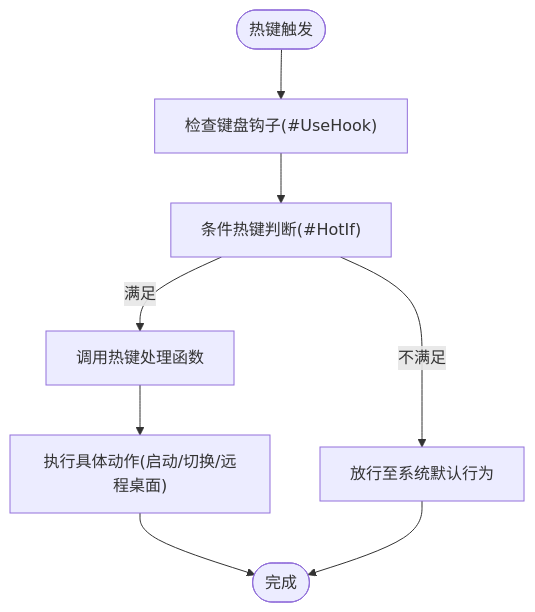
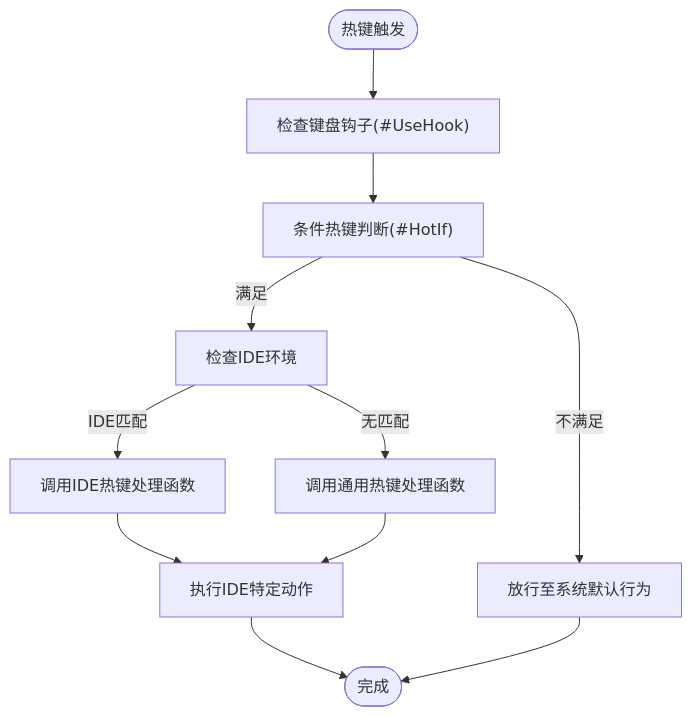
One commit to wangys-123doit/hotkey changed the fourth of 8 diagrams in .qoder/repowiki/zh/content/核心功能/热键管理系统.md. Above: the diagram before and after it, drawn with Mermaid. The commit also changed other lines of this file and 3 other files, not shown here.

````diff
--- a/.qoder/repowiki/zh/content/核心功能/热键管理系统.md
+++ b/.qoder/repowiki/zh/content/核心功能/热键管理系统.md
@@ -129,10 +163,13 @@
 ```mermaid
 flowchart TD
 Start(["热键触发"]) --> CheckHook["检查键盘钩子(#UseHook)"]
 CheckHook --> CheckHotIf["条件热键判断(#HotIf)"]
-CheckHotIf --> |满足| CallHandler["调用热键处理函数"]
+CheckHotIf --> |满足| CheckIDE["检查IDE环境"]
 CheckHotIf --> |不满足| PassThrough["放行至系统默认行为"]
-CallHandler --> ExecAction["执行具体动作(启动/切换/远程桌面)"]
+CheckIDE --> |IDE匹配| CallIDEHandler["调用IDE热键处理函数"]
+CheckIDE --> |无匹配| CallGeneralHandler["调用通用热键处理函数"]
+CallIDEHandler --> ExecAction["执行IDE特定动作"]
+CallGeneralHandler --> ExecAction
 ExecAction --> End(["完成"])
 PassThrough --> End
 ```
````
